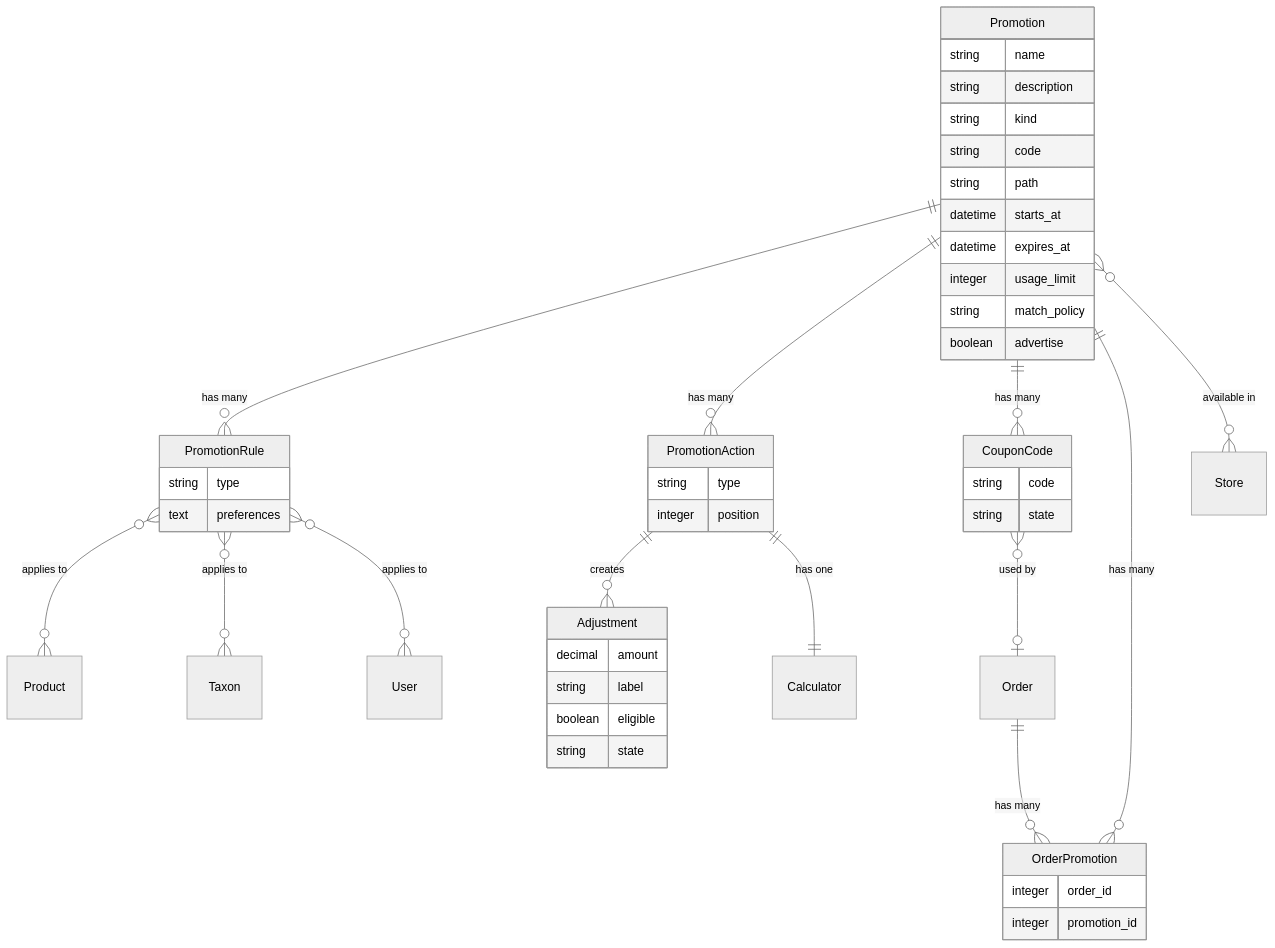
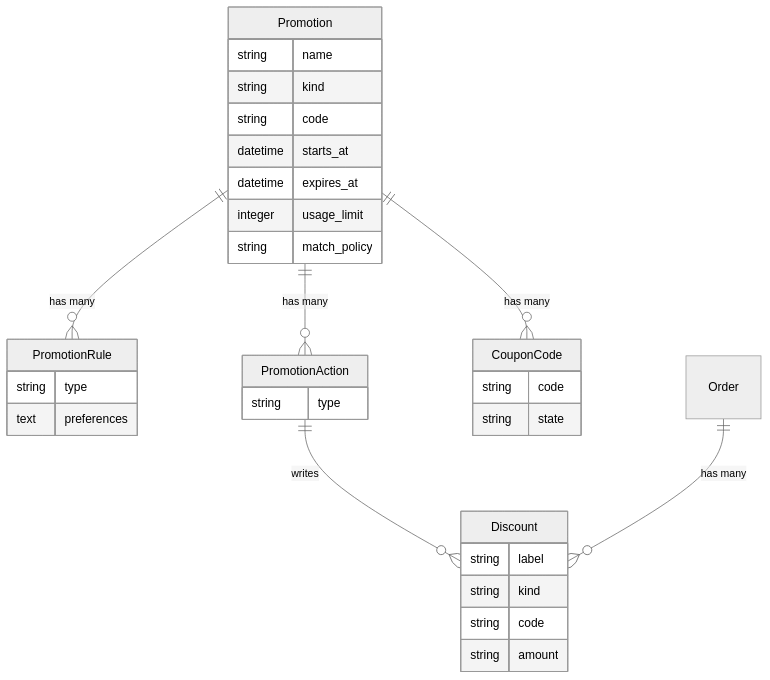
Before and after one commit to spree/spree: the diagram in docs/developer/core-concepts/promotions.mdx, drawn with Mermaid (neutral theme). The commit also changed other lines of this file and 409 other files, not shown here.

````diff
--- a/docs/developer/core-concepts/promotions.mdx
+++ b/docs/developer/core-concepts/promotions.mdx
@@ -12,55 +10,39 @@
 ```mermaid
 erDiagram
     Promotion {
         string name
-        string description
         string kind
         string code
-        string path
         datetime starts_at
         datetime expires_at
         integer usage_limit
         string match_policy
-        boolean advertise
     }
 
     PromotionRule {
         string type
         text preferences
     }
 
     PromotionAction {
         string type
-        integer position
     }
 
     CouponCode {
         string code
         string state
     }
 
-    OrderPromotion {
-        integer order_id
-        integer promotion_id
-    }
-
-    Adjustment {
-        decimal amount
+    Discount {
         string label
-        boolean eligible
-        string state
+        string kind
+        string code
+        string amount
     }
 
     Promotion ||--o{ PromotionRule : "has many"
     Promotion ||--o{ PromotionAction : "has many"
     Promotion ||--o{ CouponCode : "has many"
-    Promotion ||--o{ OrderPromotion : "has many"
-    Promotion }o--o{ Store : "available in"
-    PromotionRule }o--o{ Product : "applies to"
-    PromotionRule }o--o{ Taxon : "applies to"
-    PromotionRule }o--o{ User : "applies to"
-    PromotionAction ||--o{ Adjustment : "creates"
-    PromotionAction ||--|| Calculator : "has one"
-    Order ||--o{ OrderPromotion : "has many"
-    CouponCode }o--o| Order : "used by"
+    PromotionAction ||--o{ Discount : "writes"
+    Order ||--o{ Discount : "has many"
 ```
````
